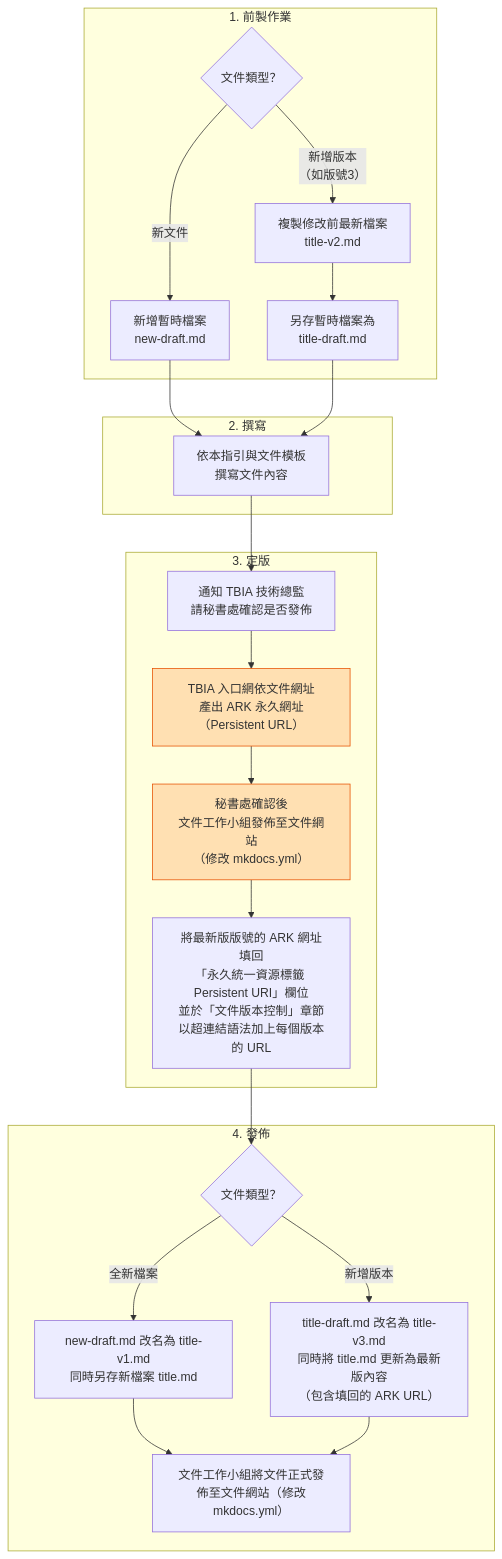
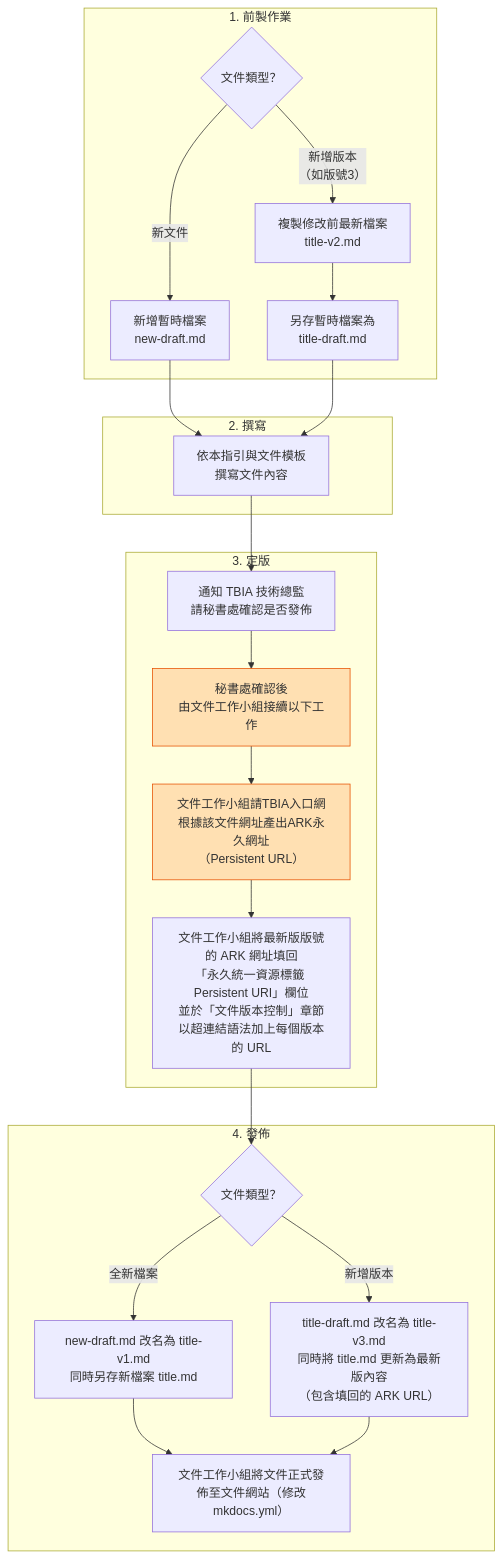
One commit to TBIA/docs changed the diagram in docs/document_guidelines-draft.md. Above: the diagram before and after it, drawn with Mermaid. The commit also changed other lines of this file, not shown here.

Commit message:
Revise document guidelines for clarity and process
Updated the document guidelines with clearer instructions for versioning and publishing processes.

````diff
--- a/docs/document_guidelines-draft.md
+++ b/docs/document_guidelines-draft.md
@@ -68,41 +71,41 @@
 ```mermaid
 flowchart TD
     subgraph prep["1. 前製作業"]
         A0{"文件類型？"}
         A0 -- 新文件 --> A1["新增暫時檔案<br/>new-draft.md"]
         A0 -- 新增版本<br/>（如版號3） --> A2["複製修改前最新檔案<br/>title-v2.md"] --> A3["另存暫時檔案為<br/>title-draft.md"]
     end
 
     A1 --> W1
     A3 --> W1
 
     subgraph write["2. 撰寫"]
         W1["依本指引與文件模板<br/>撰寫文件內容"]
     end
 
     W1 --> F1
 
     subgraph final["3. 定版"]
-        F1["通知 TBIA 技術總監<br/>請秘書處確認是否發佈"] --> F2["TBIA 入口網依文件網址<br/>產出 ARK 永久網址（Persistent URL）"]
-        F2 --> F3["秘書處確認後<br/>文件工作小組發佈至文件網站<br/>（修改 mkdocs.yml）"]
-        F3 --> F4["將最新版版號的 ARK 網址填回<br/>「永久統一資源標籤 Persistent URI」欄位<br/>並於「文件版本控制」章節<br/>以超連結語法加上每個版本的 URL"]
+        F1["通知 TBIA 技術總監<br/>請秘書處確認是否發佈"] --> F2["秘書處確認後<br/>由文件工作小組接續以下工作"]
+        F2 --> F3["文件工作小組請TBIA入口網<br/>根據該文件網址產出ARK永久網址<br/>（Persistent URL）"]
+        F3 --> F4["文件工作小組將最新版版號的 ARK 網址填回<br/>「永久統一資源標籤 Persistent URI」欄位<br/>並於「文件版本控制」章節<br/>以超連結語法加上每個版本的 URL"]
     end
 
     F4 --> P0
 
     subgraph publish["4. 發佈"]
         P0{"文件類型？"}
         P0 -- 全新檔案 --> P1["new-draft.md 改名為 title-v1.md<br/>同時另存新檔案 title.md"]
         P0 -- 新增版本 --> P2["title-draft.md 改名為 title-v3.md<br/>同時將 title.md 更新為最新版內容<br/>（包含填回的 ARK URL）"]
         P1 --> Z0
         P2 --> Z0
 
         Z0["文件工作小組將文件正式發佈至文件網站（修改mkdocs.yml）"]
 
     end
 
     
 
     classDef staff fill:#ffe0b2,stroke:#e65100,color:#333
     class F2,F3 staff
 ```
````
